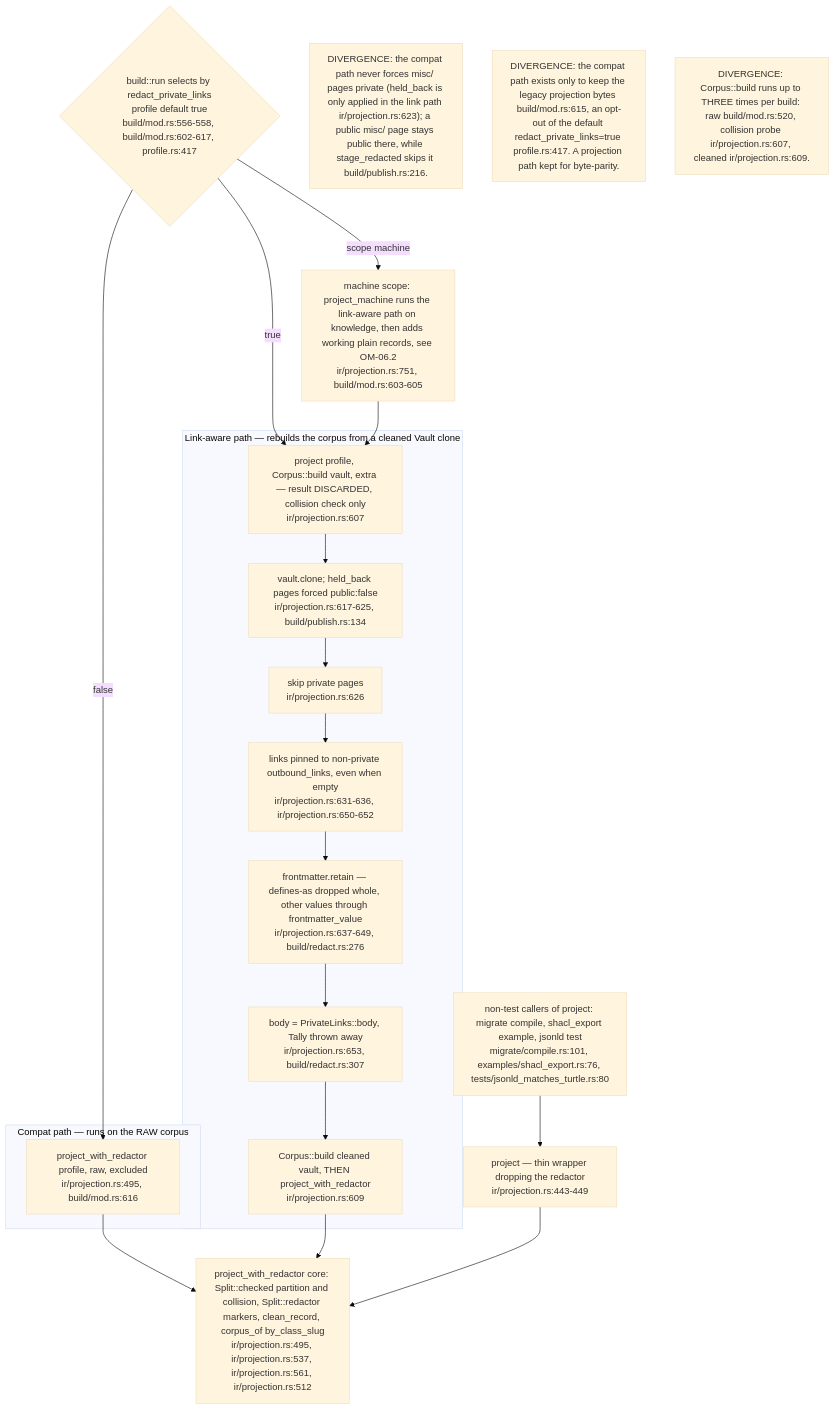
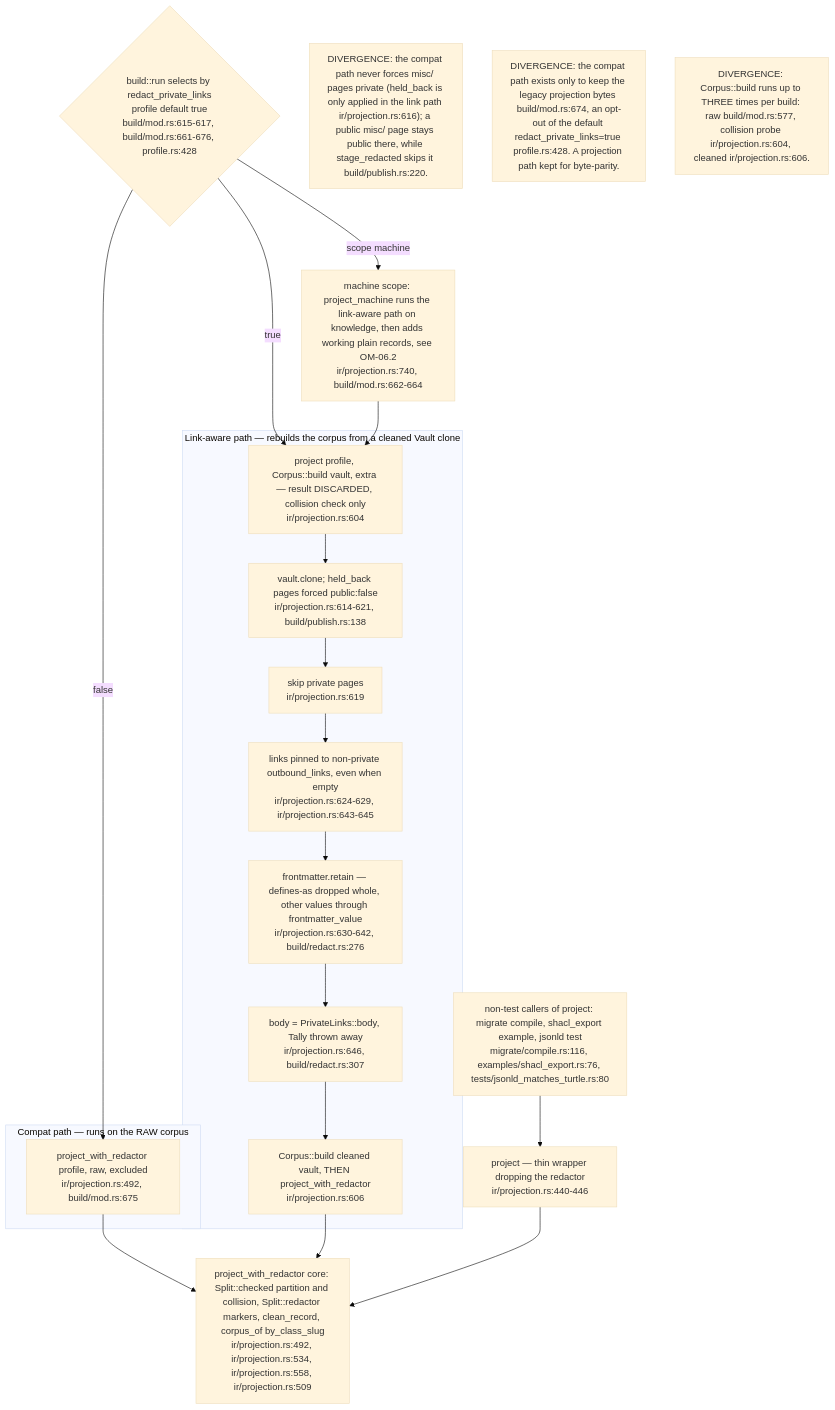
Before and after one commit to DreamLab-AI/VisionFlow: the third of 6 diagrams in docs/diagrams/ontomark/02-ir-corpus-projection-and-redaction.md, drawn with Mermaid (base theme). The commit also changed other lines of this file and 160 other files, not shown here.

````diff
--- a/docs/diagrams/ontomark/02-ir-corpus-projection-and-redaction.md
+++ b/docs/diagrams/ontomark/02-ir-corpus-projection-and-redaction.md
@@ -111,30 +111,30 @@
 ```mermaid
 flowchart TD
-    SEL{"build::run selects by redact_private_links<br/>profile default true<br/>build/mod.rs:556-558, build/mod.rs:602-617, profile.rs:417"}
+    SEL{"build::run selects by redact_private_links<br/>profile default true<br/>build/mod.rs:615-617, build/mod.rs:661-676, profile.rs:428"}
     subgraph LEGACY["Compat path — runs on the RAW corpus"]
-      PWR["project_with_redactor profile, raw, excluded<br/>ir/projection.rs:495, build/mod.rs:616"]
+      PWR["project_with_redactor profile, raw, excluded<br/>ir/projection.rs:492, build/mod.rs:675"]
     end
     subgraph LINKS["Link-aware path — rebuilds the corpus from a cleaned Vault clone"]
-      L1["project profile, Corpus::build vault, extra — result DISCARDED, collision check only<br/>ir/projection.rs:607"]
-      L2["vault.clone; held_back pages forced public:false<br/>ir/projection.rs:617-625, build/publish.rs:134"]
-      L3["skip private pages<br/>ir/projection.rs:626"]
-      L4["links pinned to non-private outbound_links, even when empty<br/>ir/projection.rs:631-636, ir/projection.rs:650-652"]
-      L5["frontmatter.retain — defines-as dropped whole, other values through frontmatter_value<br/>ir/projection.rs:637-649, build/redact.rs:276"]
-      L6["body = PrivateLinks::body, Tally thrown away<br/>ir/projection.rs:653, build/redact.rs:307"]
-      L7["Corpus::build cleaned vault, THEN project_with_redactor<br/>ir/projection.rs:609"]
+      L1["project profile, Corpus::build vault, extra — result DISCARDED, collision check only<br/>ir/projection.rs:604"]
+      L2["vault.clone; held_back pages forced public:false<br/>ir/projection.rs:614-621, build/publish.rs:138"]
+      L3["skip private pages<br/>ir/projection.rs:619"]
+      L4["links pinned to non-private outbound_links, even when empty<br/>ir/projection.rs:624-629, ir/projection.rs:643-645"]
+      L5["frontmatter.retain — defines-as dropped whole, other values through frontmatter_value<br/>ir/projection.rs:630-642, build/redact.rs:276"]
+      L6["body = PrivateLinks::body, Tally thrown away<br/>ir/projection.rs:646, build/redact.rs:307"]
+      L7["Corpus::build cleaned vault, THEN project_with_redactor<br/>ir/projection.rs:606"]
       L1 --> L2 --> L3 --> L4 --> L5 --> L6 --> L7
     end
-    CORE["project_with_redactor core: Split::checked partition and collision, Split::redactor markers, clean_record, corpus_of by_class_slug<br/>ir/projection.rs:495, ir/projection.rs:537, ir/projection.rs:561, ir/projection.rs:512"]
-    WRAP["project — thin wrapper dropping the redactor<br/>ir/projection.rs:443-449"]
-    MACH["machine scope: project_machine runs the link-aware path on knowledge, then adds working plain records, see OM-06.2<br/>ir/projection.rs:751, build/mod.rs:603-605"]
+    CORE["project_with_redactor core: Split::checked partition and collision, Split::redactor markers, clean_record, corpus_of by_class_slug<br/>ir/projection.rs:492, ir/projection.rs:534, ir/projection.rs:558, ir/projection.rs:509"]
+    WRAP["project — thin wrapper dropping the redactor<br/>ir/projection.rs:440-446"]
+    MACH["machine scope: project_machine runs the link-aware path on knowledge, then adds working plain records, see OM-06.2<br/>ir/projection.rs:740, build/mod.rs:662-664"]
     SEL -->|false| PWR --> CORE
     SEL -->|true| L1
     SEL -->|scope machine| MACH --> L1
     L7 --> CORE
     WRAP --> CORE
-    PROD["non-test callers of project: migrate compile, shacl_export example, jsonld test<br/>migrate/compile.rs:101, examples/shacl_export.rs:76, tests/jsonld_matches_turtle.rs:80"]
+    PROD["non-test callers of project: migrate compile, shacl_export example, jsonld test<br/>migrate/compile.rs:116, examples/shacl_export.rs:76, tests/jsonld_matches_turtle.rs:80"]
     PROD --> WRAP
-    n1["DIVERGENCE: the compat path never forces misc/ pages private (held_back is only applied in the link path ir/projection.rs:623); a public misc/ page stays public there, while stage_redacted skips it build/publish.rs:216."]
-    n2["DIVERGENCE: the compat path exists only to keep the legacy projection bytes build/mod.rs:615, an opt-out of the default redact_private_links=true profile.rs:417. A projection path kept for byte-parity."]
-    n3["DIVERGENCE: Corpus::build runs up to THREE times per build: raw build/mod.rs:520, collision probe ir/projection.rs:607, cleaned ir/projection.rs:609."]
+    n1["DIVERGENCE: the compat path never forces misc/ pages private (held_back is only applied in the link path ir/projection.rs:616); a public misc/ page stays public there, while stage_redacted skips it build/publish.rs:220."]
+    n2["DIVERGENCE: the compat path exists only to keep the legacy projection bytes build/mod.rs:674, an opt-out of the default redact_private_links=true profile.rs:428. A projection path kept for byte-parity."]
+    n3["DIVERGENCE: Corpus::build runs up to THREE times per build: raw build/mod.rs:577, collision probe ir/projection.rs:604, cleaned ir/projection.rs:606."]
 ```
````
